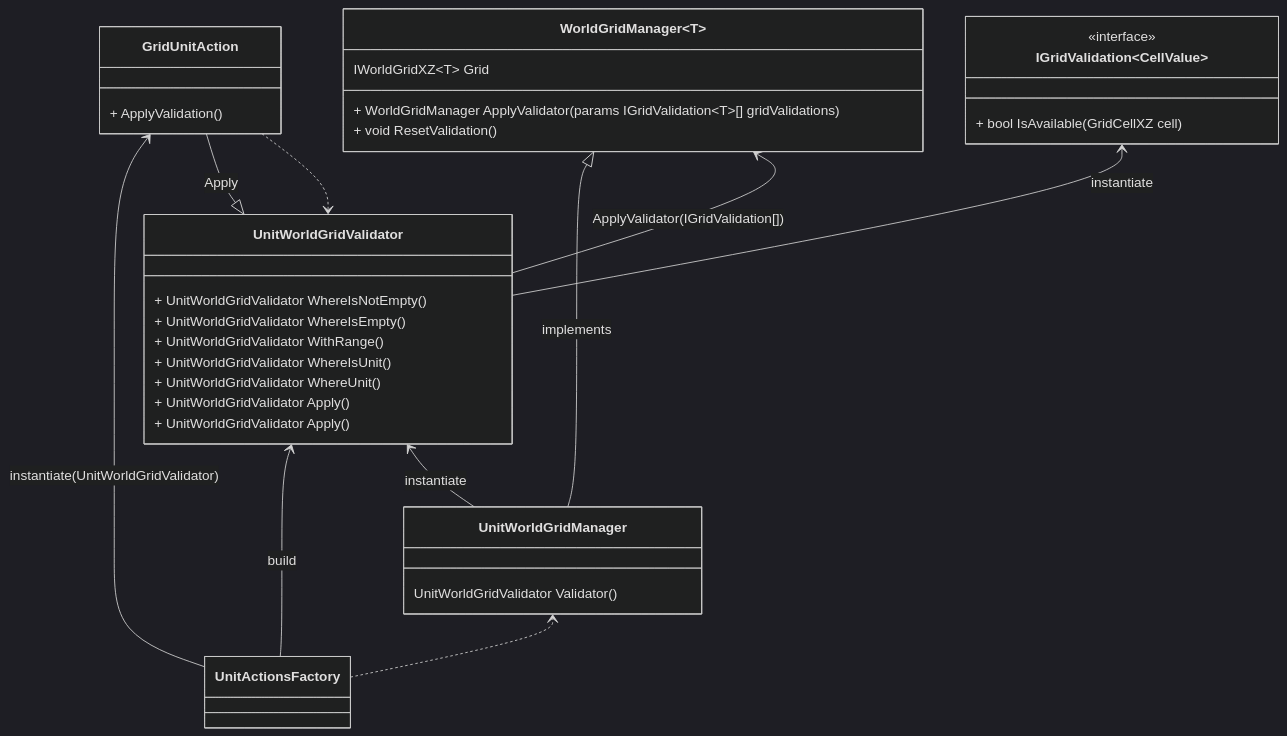
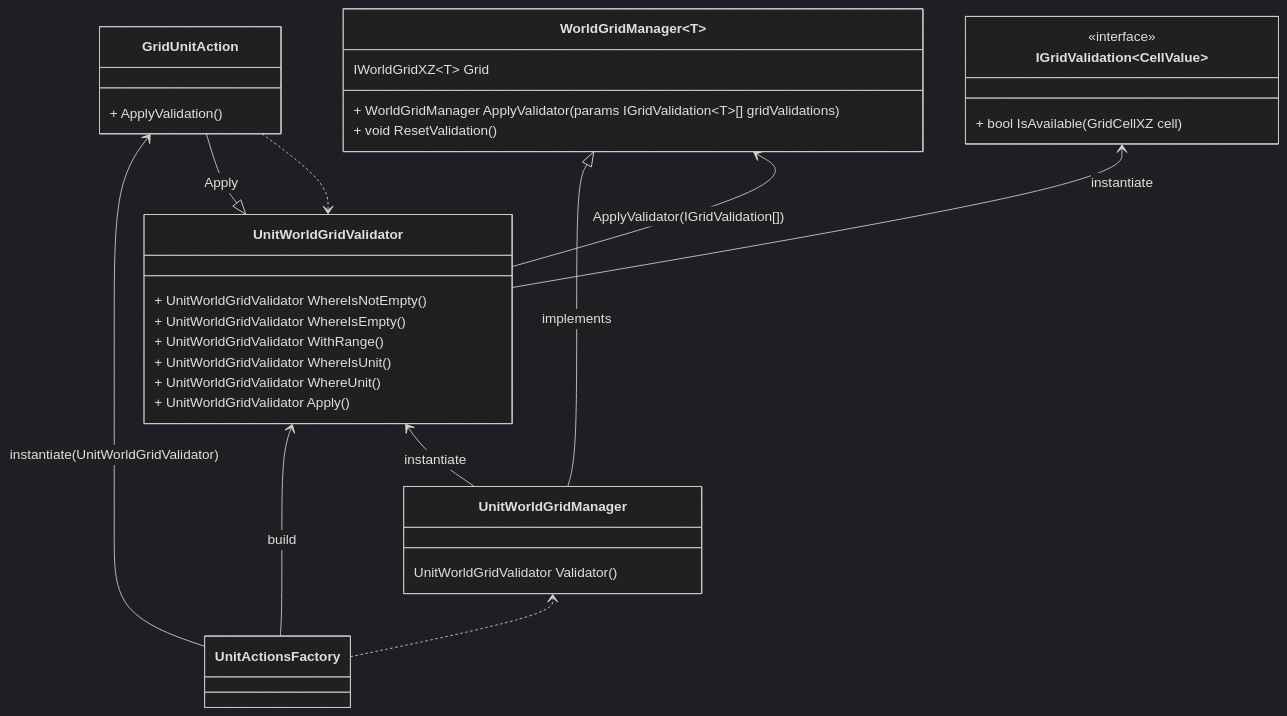
One commit to BrunoBiluca/course-xcom-game changed the fourth of 4 diagrams in Docs/diagrams.md. Above: the diagram before and after it, drawn with Mermaid (dark theme). The commit also changed other lines of this file and 37 other files, not shown here.

````diff
--- a/Docs/diagrams.md
+++ b/Docs/diagrams.md
@@ -122,51 +158,50 @@
 ```mermaid
 classDiagram
 direction BT
 
 class UnitWorldGridValidator {
     + UnitWorldGridValidator WhereIsNotEmpty()
     + UnitWorldGridValidator WhereIsEmpty()
     + UnitWorldGridValidator WithRange()
     + UnitWorldGridValidator WhereIsUnit()
     + UnitWorldGridValidator WhereUnit()
-    + UnitWorldGridValidator Apply()
     + UnitWorldGridValidator Apply()
 }
 
 class WorldGridManager~T~{
     IWorldGridXZ~T~ Grid
     + WorldGridManager<T> ApplyValidator(params IGridValidation~T~[] gridValidations)
     + void ResetValidation()
 }
 
 class UnitWorldGridManager {
     UnitWorldGridValidator Validator()
 }
 
 UnitWorldGridManager --|> WorldGridManager~T~ : implements
 
 class IGridValidation~CellValue~ {
     <<interface>>
     + bool IsAvailable(GridCellXZ<CellValue> cell)
 }
 
 class GridUnitAction {
     + ApplyValidation()
 }
 
 class UnitActionsFactory
 
 GridUnitAction ..> UnitWorldGridValidator
 
 UnitActionsFactory --> GridUnitAction : instantiate(UnitWorldGridValidator)
 UnitActionsFactory --> UnitWorldGridValidator : build
 
 UnitWorldGridValidator <|-- GridUnitAction : Apply
 
 UnitWorldGridValidator --> WorldGridManager : ApplyValidator(IGridValidation[])
 UnitWorldGridManager --> UnitWorldGridValidator : instantiate
 UnitWorldGridValidator --> IGridValidation : instantiate
 
 UnitActionsFactory ..> UnitWorldGridManager
 
 ```
````
